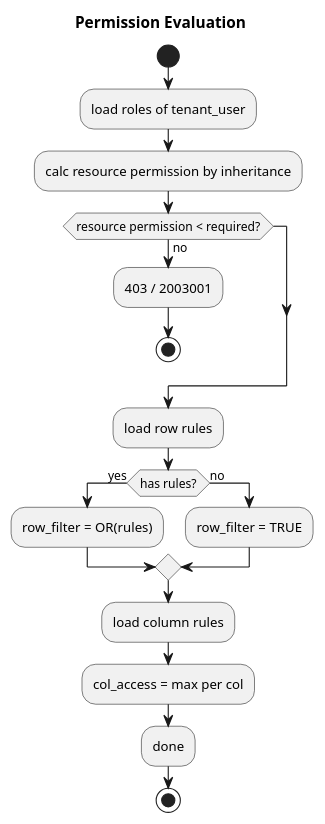
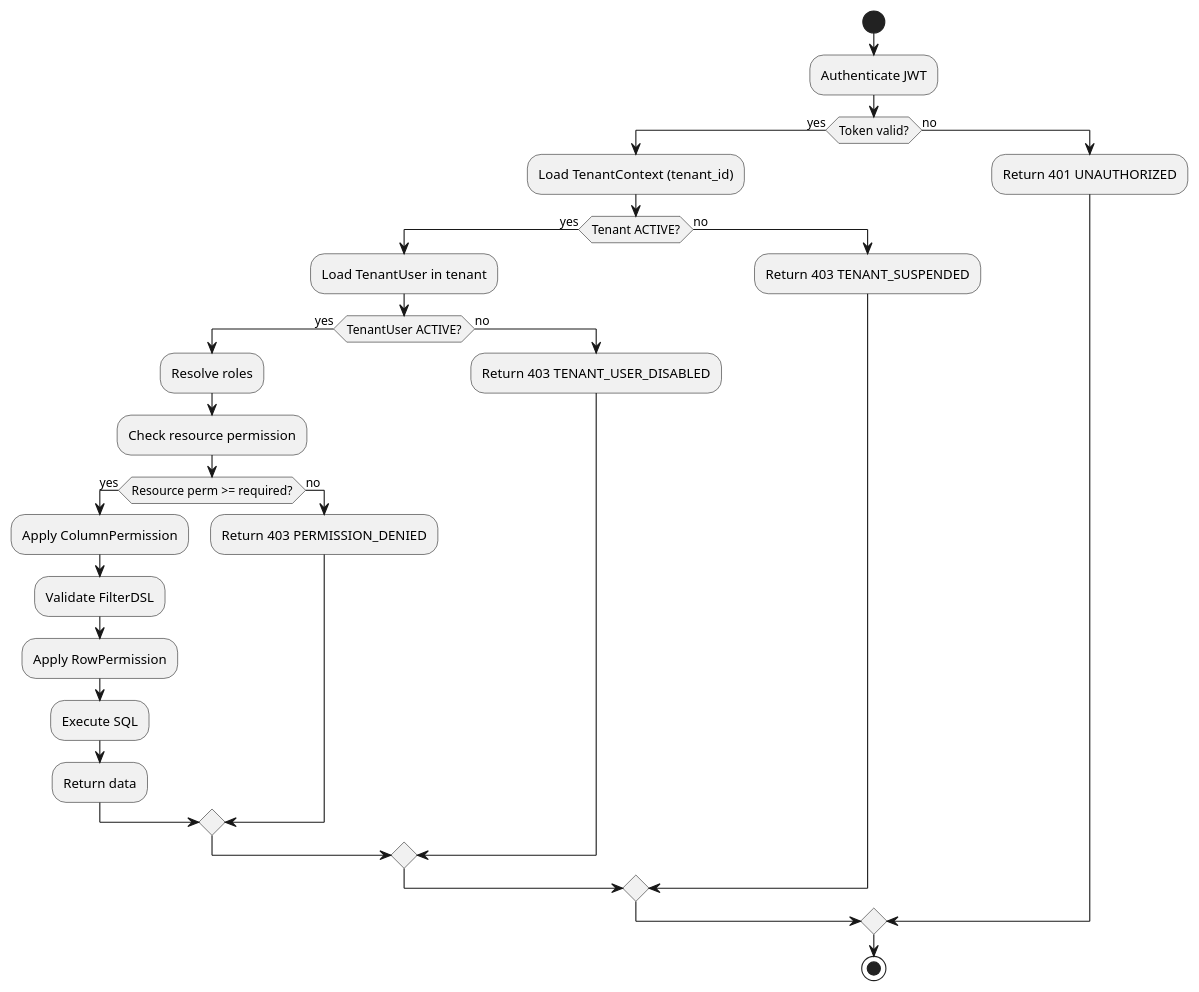
One commit to FangZiyong/grass changed the fifth of 7 diagrams in docs/tech.md. Above: the diagram before and after it, drawn with PlantUML. The commit also changed other lines of this file and 3 other files, not shown here.

````diff
--- a/docs/tech.md
+++ b/docs/tech.md
@@ -190,25 +1228,32 @@
 ```plantuml
 @startuml
-title Permission Evaluation
-
 start
-:load roles of tenant_user;
-:calc resource permission by inheritance;
-if (resource permission < required?) then (no)
-  :403 / 2003001;
-  stop
+:Authenticate JWT;
+if (Token valid?) then (yes)
+  :Load TenantContext (tenant_id);
+  if (Tenant ACTIVE?) then (yes)
+    :Load TenantUser in tenant;
+    if (TenantUser ACTIVE?) then (yes)
+      :Resolve roles;
+      :Check resource permission;
+      if (Resource perm >= required?) then (yes)
+        :Apply ColumnPermission;
+        :Validate FilterDSL;
+        :Apply RowPermission;
+        :Execute SQL;
+        :Return data;
+      else (no)
+        :Return 403 PERMISSION_DENIED;
+      endif
+    else (no)
+      :Return 403 TENANT_USER_DISABLED;
+    endif
+  else (no)
+    :Return 403 TENANT_SUSPENDED;
+  endif
+else (no)
+  :Return 401 UNAUTHORIZED;
 endif
-
-:load row rules;
-if (has rules?) then (yes)
-  :row_filter = OR(rules);
-else (no)
-  :row_filter = TRUE;
-endif
-
-:load column rules;
-:col_access = max per col;
-:done;
 stop
 @enduml
 ```
````
